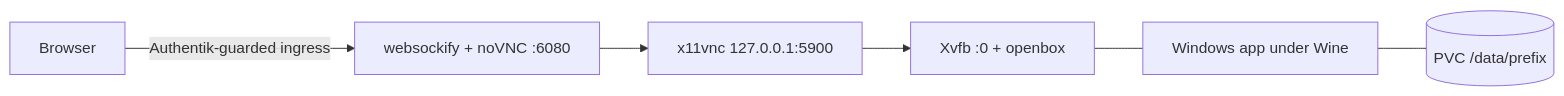
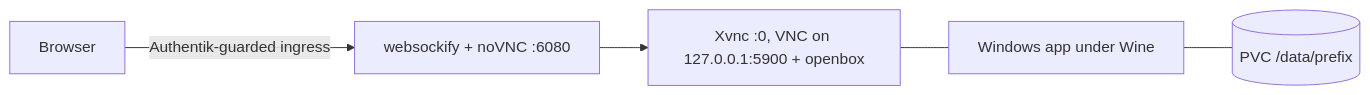
Before and after one commit to ViktorBarzin/infra: the diagram in images/wine-app/README.md, drawn with Mermaid. The commit also changed other lines of this file and 6 other files, not shown here.

First line of the commit message:
wine-app: draw with TigerVNC Xvnc and serve noVNC 1.6.0

````diff
--- a/images/wine-app/README.md
+++ b/images/wine-app/README.md
@@ -13,8 +13,7 @@
 ```mermaid
 flowchart LR
   B[Browser] -->|Authentik-guarded ingress| WS[websockify + noVNC :6080]
-  WS --> VNC[x11vnc 127.0.0.1:5900]
-  VNC --> X[Xvfb :0 + openbox]
+  WS --> X[Xvnc :0, VNC on 127.0.0.1:5900 + openbox]
   X --- APP[Windows app under Wine]
   APP --- P[(PVC /data/prefix)]
 ```
````
